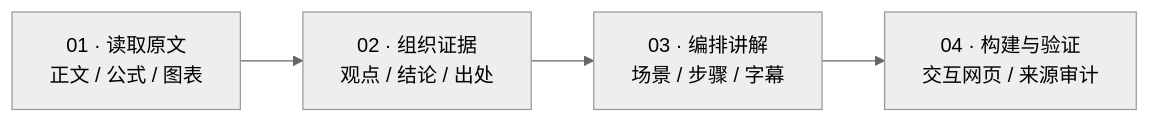
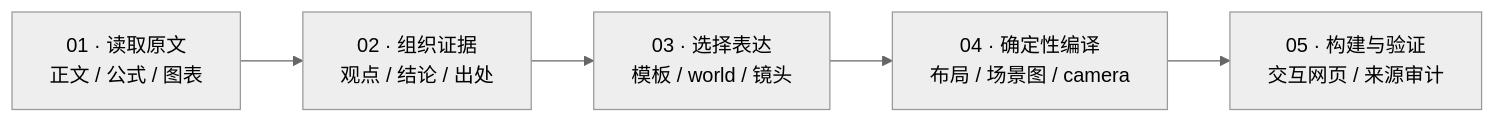
One commit to EclidFundgue/MechanismLens changed the diagram in README.md. Above: the diagram before and after it, drawn with Mermaid (neutral theme). The commit also changed other lines of this file and 62 other files, not shown here.

````diff
--- a/README.md
+++ b/README.md
@@ -138,6 +140,7 @@
 ```mermaid
 flowchart LR
     A["01 · 读取原文<br/>正文 / 公式 / 图表"] --> B["02 · 组织证据<br/>观点 / 结论 / 出处"]
-    B --> C["03 · 编排讲解<br/>场景 / 步骤 / 字幕"]
-    C --> D["04 · 构建与验证<br/>交互网页 / 来源审计"]
+    B --> C["03 · 选择表达<br/>模板 / world / 镜头"]
+    C --> D["04 · 确定性编译<br/>布局 / 场景图 / camera"]
+    D --> E["05 · 构建与验证<br/>交互网页 / 来源审计"]
 ```
````
